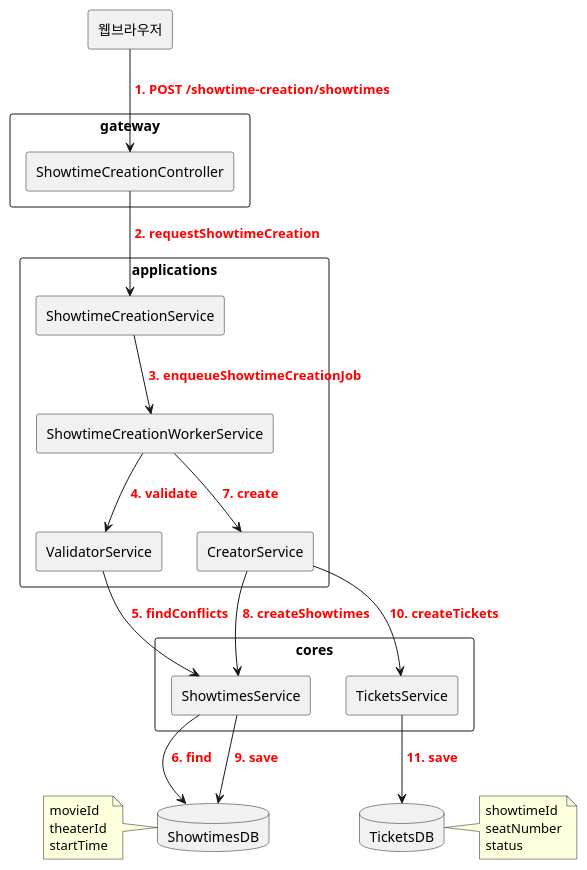
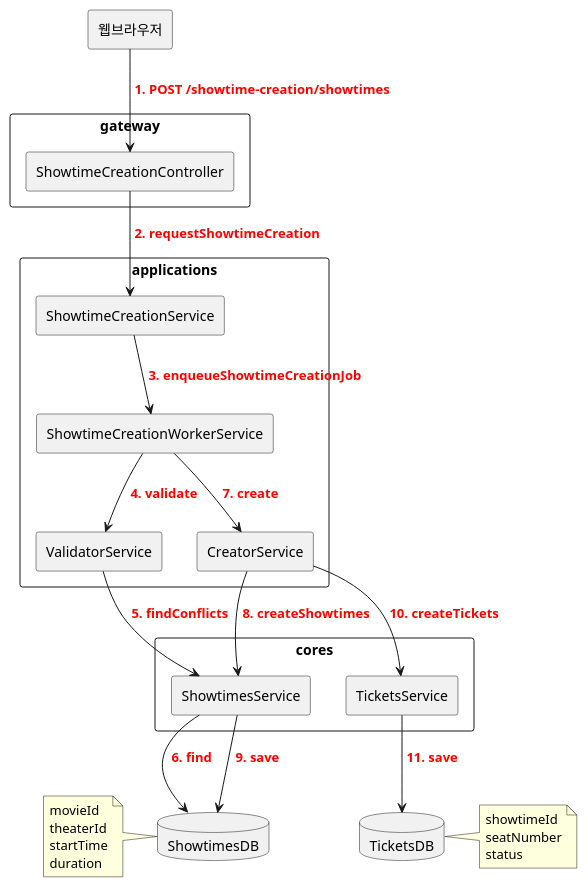
Before and after one commit to mannercode/mannercode.github.io: the first of 5 diagrams in _posts/2026-06-18-backend-design-4.md, drawn with PlantUML. The commit also changed other lines of this file, not shown here.

```diff
--- a/_posts/2026-06-18-backend-design-4.md
+++ b/_posts/2026-06-18-backend-design-4.md
@@ -14,54 +14,55 @@
 {% plantuml %}
 @startuml
 skinparam componentStyle rectangle
 skinparam packageStyle rectangle
 skinparam shadowing false
 top to bottom direction
 
 component "웹브라우저" as User
 
 package "gateway" {
 component "ShowtimeCreationController" as GController
 }
 
 package "applications" {
 component "ShowtimeCreationService" as AService
 component "ShowtimeCreationWorkerService" as AWorker
 component "ValidatorService" as AValidator
 component "CreatorService" as ACreator
 
 AService --> AWorker : <b><color:red> 3. enqueueShowtimeCreationJob</color></b>
 AWorker --> AValidator : <b><color:red> 4. validate</color></b>
 AWorker --> ACreator : <b><color:red> 7. create</color></b>
 }
 
 package "cores" {
 component "ShowtimesService" as CShowtimes
 component "TicketsService" as CTickets
 }
 
 database "ShowtimesDB" as SDB
 database "TicketsDB" as TDB
 
 note left of SDB
   movieId
   theaterId
   startTime
+  duration
 end note
 
 note right of TDB
   showtimeId
   seatNumber
   status
 end note
 
 User --> GController : <b><color:red> 1. POST /showtime-creation/showtimes</color></b>
 GController --> AService : <b><color:red> 2. requestShowtimeCreation</color></b>
 AValidator --> CShowtimes : <b><color:red> 5. findConflicts</color></b>
 ACreator --> CShowtimes : <b><color:red> 8. createShowtimes</color></b>
 ACreator --> CTickets : <b><color:red> 10. createTickets</color></b>
 CShowtimes --> SDB : <b><color:red> 6. find</color></b>
 CShowtimes --> SDB : <b><color:red> 9. save</color></b>
 CTickets --> TDB : <b><color:red> 11. save</color></b>
 @enduml
 {% endplantuml %}
```
